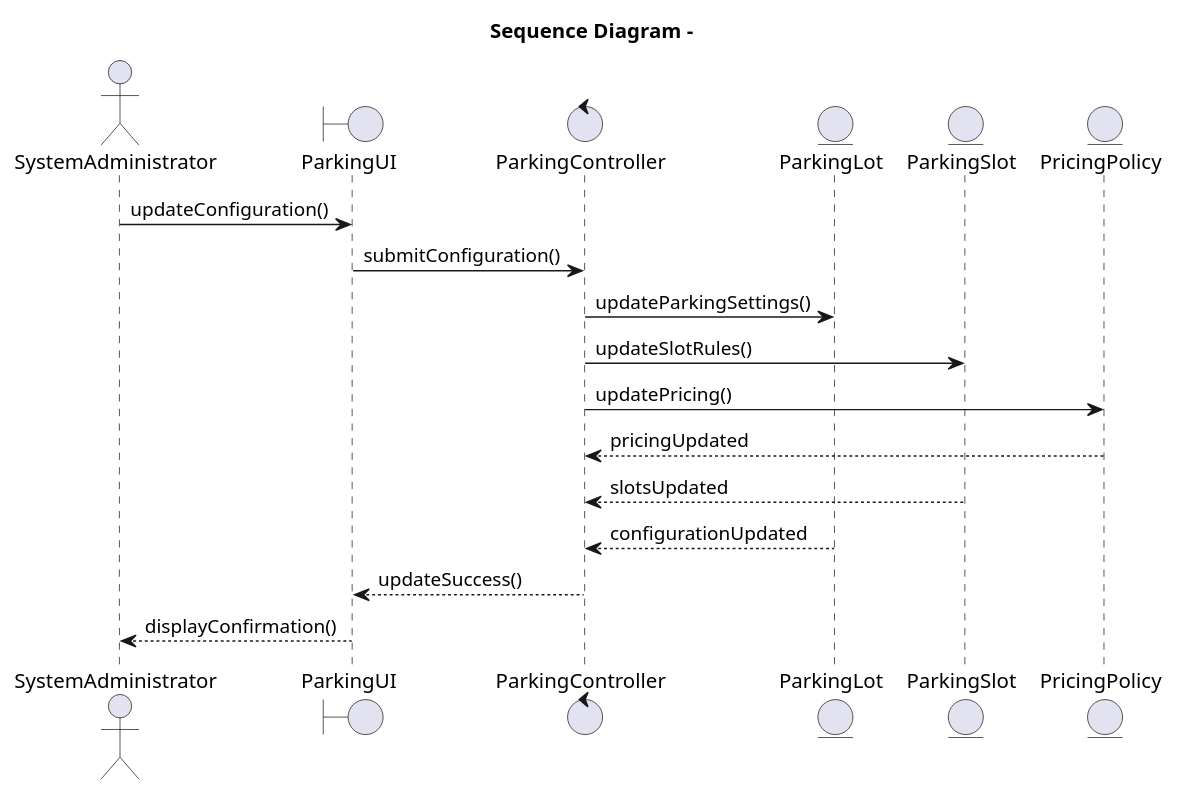
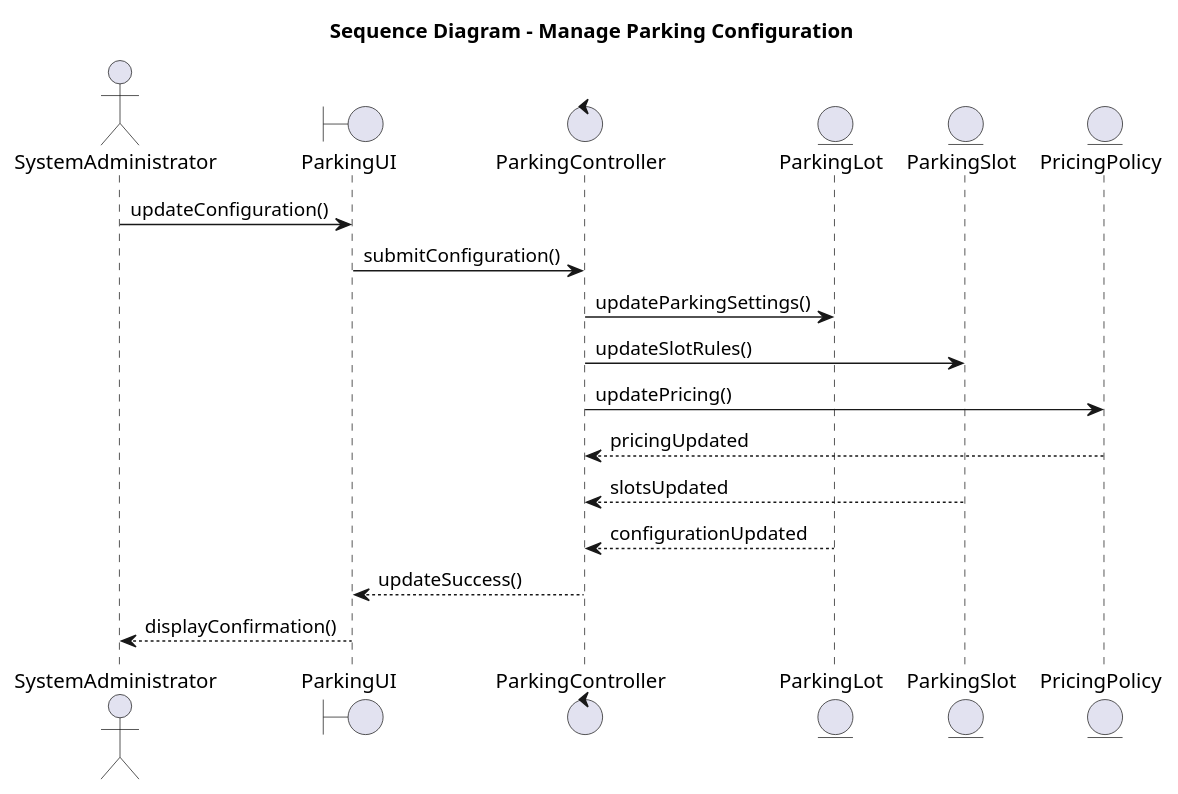
One commit to gantapriya55/CSCI_6234_Spring_2026_G22 changed the diagram in Design/SequenceDiagram/ManageParkingConfiguration/ManageParkingConfiguration.puml. Above: the diagram before and after it, drawn with PlantUML.

Commit message:
Update title in ManageParkingConfiguration sequence diagram

```diff
--- a/Design/SequenceDiagram/ManageParkingConfiguration/ManageParkingConfiguration.puml
+++ b/Design/SequenceDiagram/ManageParkingConfiguration/ManageParkingConfiguration.puml
@@ -1,28 +1,28 @@
 @startuml
-title Sequence Diagram – 
+title Sequence Diagram – Manage Parking Configuration
 
 actor SystemAdministrator
 boundary ParkingUI
 control ParkingController
 entity ParkingLot
 entity ParkingSlot
 entity PricingPolicy
 
 SystemAdministrator -> ParkingUI : updateConfiguration()
 
 ParkingUI -> ParkingController : submitConfiguration()
 
 ParkingController -> ParkingLot : updateParkingSettings()
 
 ParkingController -> ParkingSlot : updateSlotRules()
 
 ParkingController -> PricingPolicy : updatePricing()
 
 PricingPolicy --> ParkingController : pricingUpdated
 ParkingSlot --> ParkingController : slotsUpdated
 ParkingLot --> ParkingController : configurationUpdated
 
 ParkingController --> ParkingUI : updateSuccess()
 ParkingUI --> SystemAdministrator : displayConfirmation()
 
 @enduml
```
